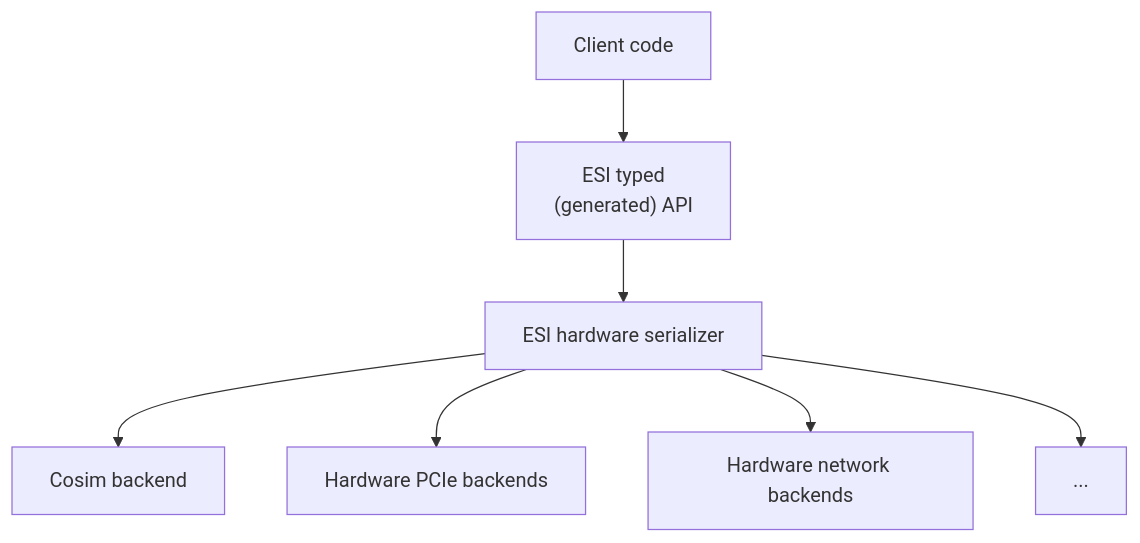
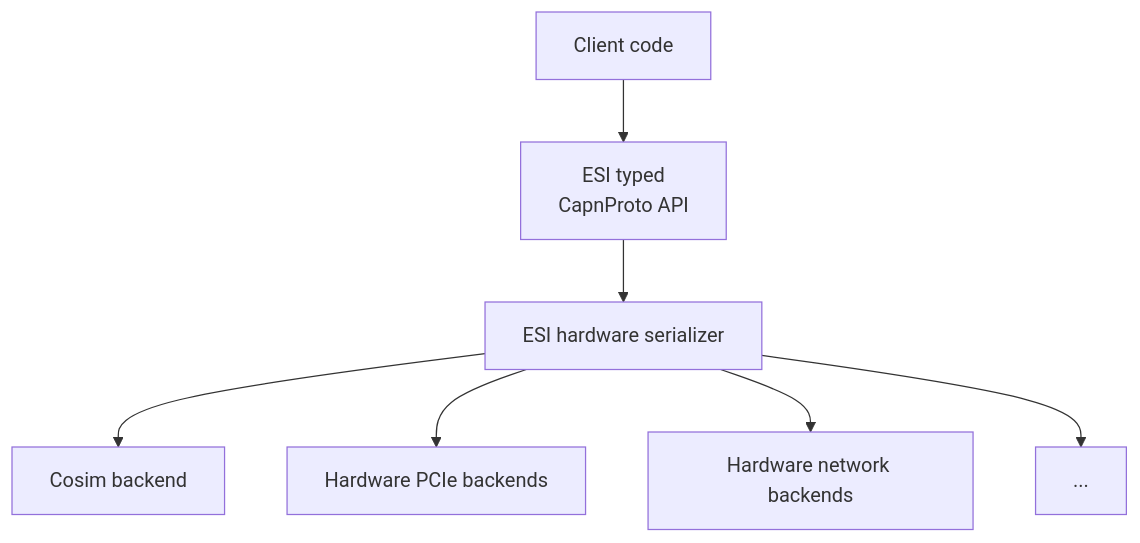
Before and after one commit to microsoft/Elastic-Silicon-Interconnect: the second of 3 diagrams in docs/design/cosim.md, drawn with Mermaid. The commit also changed other lines of this file, not shown here.

````diff
--- a/docs/design/cosim.md
+++ b/docs/design/cosim.md
@@ -26,17 +26,17 @@
 ```mermaid
 graph TB;
     C[Client code]
-    API["ESI typed<br/>(generated) API"]
+    API["ESI typed<br/>CapnProto API"]
     UnAPI["ESI hardware serializer"]
     C --> API
     API --> UnAPI
 
     CS["Cosim backend"]
     P["Hardware PCIe backends"]
     N["Hardware network backends"]
     D["..."]
     UnAPI --> CS
     UnAPI --> P
     UnAPI --> N
     UnAPI --> D
 ```
````
